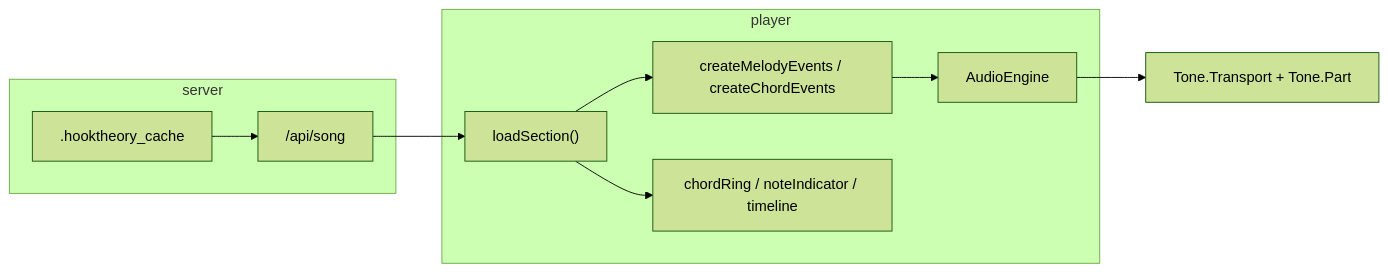
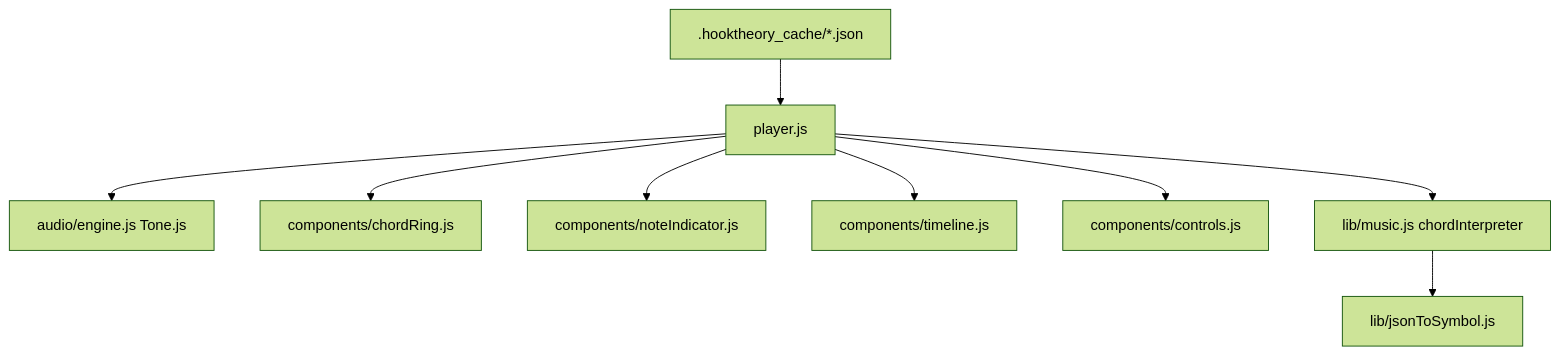
One commit to briansgithub/diatonic_ring changed the first of 2 diagrams in documentation/ARCHITECTURE.md. Above: the diagram before and after it, drawn with Mermaid (forest theme). The commit also changed other lines of this file, not shown here.

First line of the commit message:
Add system architecture doc to documentation/.

````diff
--- a/documentation/ARCHITECTURE.md
+++ b/documentation/ARCHITECTURE.md
@@ -20,16 +32,11 @@
 ```mermaid
-flowchart LR
-  subgraph server
-    API["/api/song"]
-    Cache[".hooktheory_cache"]
-  end
-  subgraph player
-    Load["loadSection()"]
-    Events["createMelodyEvents / createChordEvents"]
-    Engine["AudioEngine"]
-    UI["chordRing / noteIndicator / timeline"]
-  end
-  Cache --> API --> Load --> Events --> Engine
-  Load --> UI
-  Engine --> Tone["Tone.Transport + Tone.Part"]
+flowchart TD
+  cache[".hooktheory_cache/*.json"] --> player[player.js]
+  player --> engine[audio/engine.js Tone.js]
+  player --> ring[components/chordRing.js]
+  player --> note[components/noteIndicator.js]
+  player --> tl[components/timeline.js]
+  player --> ctrl[components/controls.js]
+  player --> interp["lib/music.js chordInterpreter"]
+  interp --> sym[lib/jsonToSymbol.js]
 ```
````
